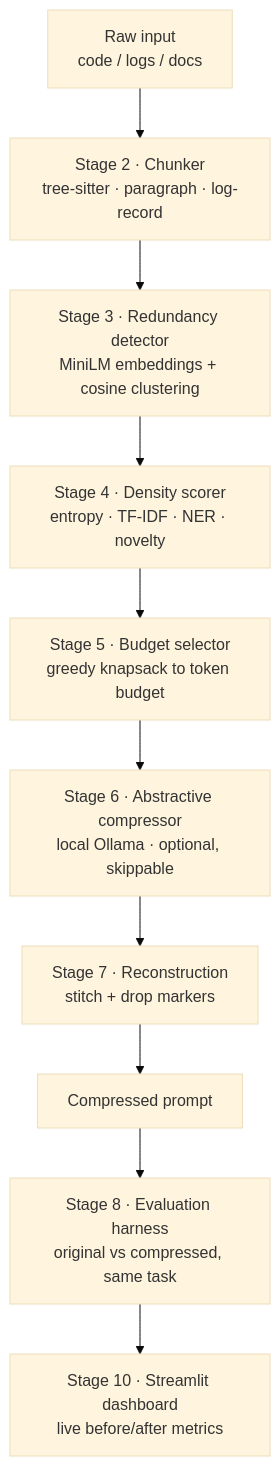
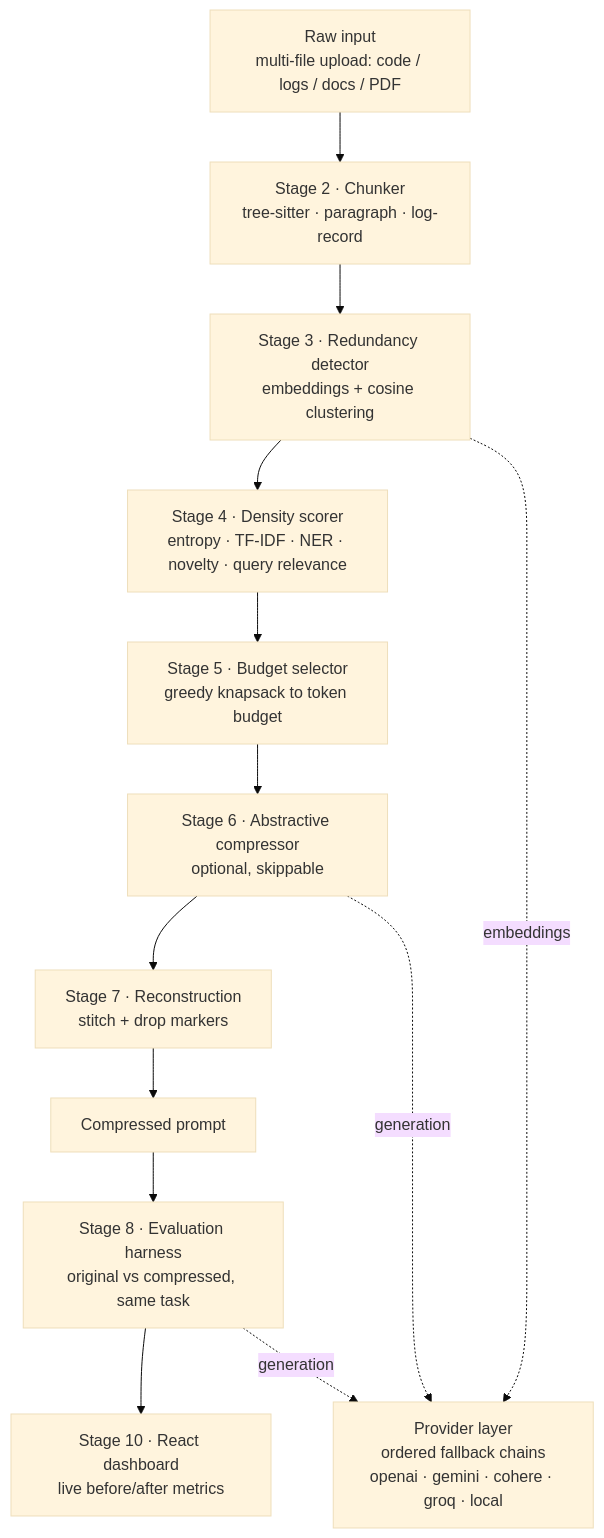
The diagram in README.md (Kunal8585/Context-compression-engine), drawn with Mermaid (base theme) before and after one commit. The commit also changed other lines of this file and 2925 other files, not shown here.

````diff
--- a/README.md
+++ b/README.md
@@ -32,13 +39,18 @@
 ```mermaid
 flowchart TD
-    A[Raw input<br/>code / logs / docs] --> B
+    A[Raw input<br/>multi-file upload: code / logs / docs / PDF] --> B
     B[Stage 2 · Chunker<br/>tree-sitter · paragraph · log-record] --> C
-    C[Stage 3 · Redundancy detector<br/>MiniLM embeddings + cosine clustering] --> D
-    D[Stage 4 · Density scorer<br/>entropy · TF-IDF · NER · novelty] --> E
+    C[Stage 3 · Redundancy detector<br/>embeddings + cosine clustering] --> D
+    D[Stage 4 · Density scorer<br/>entropy · TF-IDF · NER · novelty · query relevance] --> E
     E[Stage 5 · Budget selector<br/>greedy knapsack to token budget] --> F
-    F[Stage 6 · Abstractive compressor<br/>local Ollama · optional, skippable] --> G
+    F[Stage 6 · Abstractive compressor<br/>optional, skippable] --> G
     G[Stage 7 · Reconstruction<br/>stitch + drop markers] --> H
     H[Compressed prompt] --> I
     I[Stage 8 · Evaluation harness<br/>original vs compressed, same task] --> J
-    J[Stage 10 · Streamlit dashboard<br/>live before/after metrics]
+    J[Stage 10 · React dashboard<br/>live before/after metrics]
+
+    C -.embeddings.-> P
+    F -.generation.-> P
+    I -.generation.-> P
+    P[Provider layer<br/>ordered fallback chains<br/>openai · gemini · cohere · groq · local]
 ```
````
